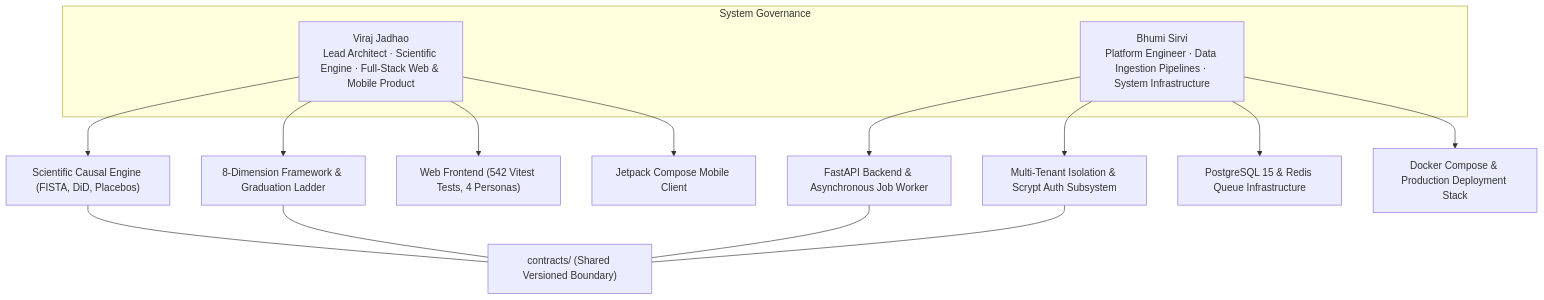
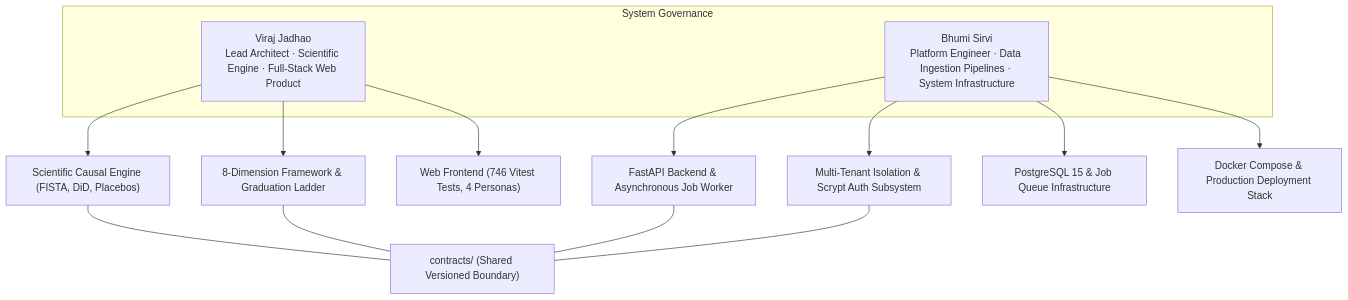
One commit to Viraj281105/GroundTruth changed the first of 2 diagrams in OWNERSHIP.md. Above: the diagram before and after it, drawn with Mermaid. The commit also changed other lines of this file and 71 other files, not shown here.

````diff
--- a/OWNERSHIP.md
+++ b/OWNERSHIP.md
@@ -12,19 +12,18 @@
 ```mermaid
 flowchart TD
     subgraph Leadership["System Governance"]
-        Viraj["Viraj Jadhao<br/>Lead Architect · Scientific Engine · Full-Stack Web & Mobile Product"]
+        Viraj["Viraj Jadhao<br/>Lead Architect · Scientific Engine · Full-Stack Web Product"]
         Bhumi["Bhumi Sirvi<br/>Platform Engineer · Data Ingestion Pipelines · System Infrastructure"]
     end
 
     Viraj --> S1["Scientific Causal Engine (FISTA, DiD, Placebos)"]
     Viraj --> S2["8-Dimension Framework & Graduation Ladder"]
-    Viraj --> S3["Web Frontend (542 Vitest Tests, 4 Personas)"]
-    Viraj --> S4["Jetpack Compose Mobile Client"]
+    Viraj --> S3["Web Frontend (746 Vitest Tests, 4 Personas)"]
 
     Bhumi --> P1["FastAPI Backend & Asynchronous Job Worker"]
     Bhumi --> P2["Multi-Tenant Isolation & Scrypt Auth Subsystem"]
-    Bhumi --> P3["PostgreSQL 15 & Redis Queue Infrastructure"]
+    Bhumi --> P3["PostgreSQL 15 & Job Queue Infrastructure"]
     Bhumi --> P4["Docker Compose & Production Deployment Stack"]
 
     S1 & S2 & P1 & P2 --- Boundary["contracts/ (Shared Versioned Boundary)"]
 ```
````
